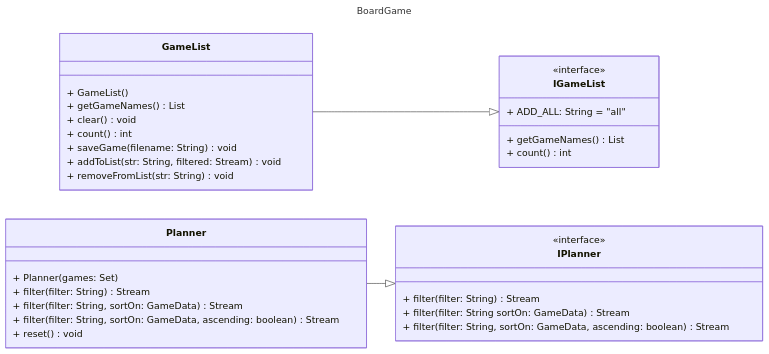
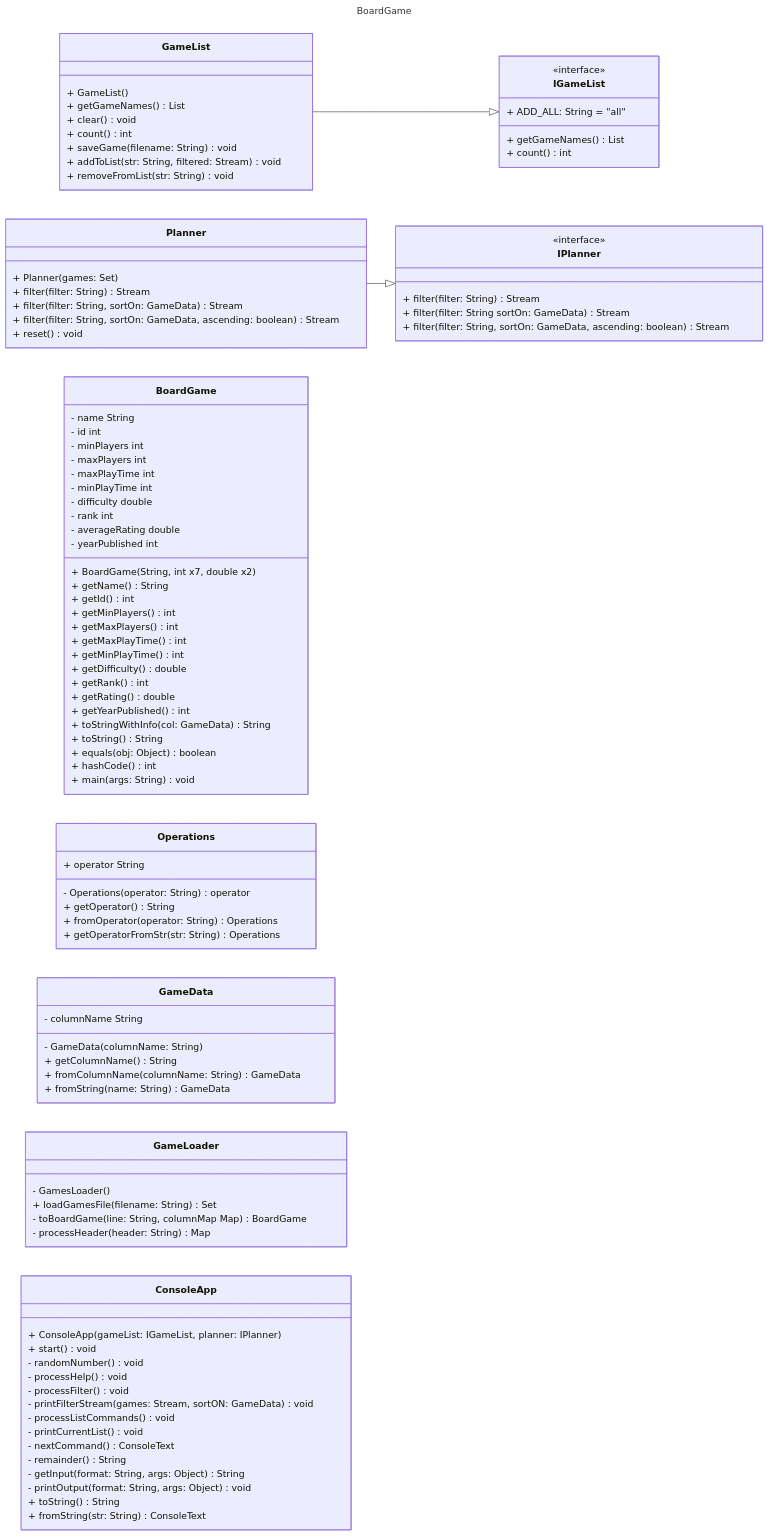
One commit to bourgeois-car-neu/CS5004-HW5-6 changed the diagram in DesignDocument.md. Above: the diagram before and after it, drawn with Mermaid.

Commit message:
Task 1.2: DesignDocument.md #2 UML provided code

````diff
--- a/DesignDocument.md
+++ b/DesignDocument.md
@@ -21,6 +21,35 @@
     direction LR
     GameList --|> IGameList
     Planner --|> IPlanner
+    class BoardGame {
+        - name String
+        - id int
+        - minPlayers int
+        - maxPlayers int
+        - maxPlayTime int
+        - minPlayTime int
+        - difficulty double
+        - rank int
+        - averageRating double
+        - yearPublished int
+        + BoardGame(String, int x7, double x2)
+        + getName() String
+        + getId() int
+        + getMinPlayers() int
+        + getMaxPlayers() int
+        + getMaxPlayTime() int
+        + getMinPlayTime() int
+        + getDifficulty() double
+        + getRank() int
+        + getRating() double
+        + getYearPublished() int
+        + toStringWithInfo(col: GameData) String
+        + toString() String
+        + equals(obj: Object) boolean
+        + hashCode() int
+        + main(args: String) void
+    }
+    
     class GameList {
         + GameList()
         + getGameNames() List<String>
@@ -30,13 +59,7 @@
         + addToList(str: String, filtered: Stream<BoardGame>) void
         + removeFromList(str: String) void
     }
-    class IGameList {
-        <<interface>>
-        + ADD_ALL: String = "all"
-        + getGameNames() List
-        + count() int
-        
-    }
+    
     class Planner {
         + Planner(games: Set<BoardGame>)
         + filter(filter: String) Stream<BoardGame>
@@ -44,11 +67,58 @@
         + filter(filter: String, sortOn: GameData, ascending: boolean) Stream<BoardGame>
         + reset() void
     }
+
+    class Operations {
+        + operator String
+        - Operations(operator: String) operator
+        + getOperator() String
+        + fromOperator(operator: String) Operations
+        + getOperatorFromStr(str: String) Operations
+    }
+    
+    class GameData {
+        - columnName String
+        - GameData(columnName: String)
+        + getColumnName() String
+        + fromColumnName(columnName: String) GameData
+        + fromString(name: String) GameData
+    }
+    class GameLoader {
+        - GamesLoader()
+        + loadGamesFile(filename: String) Set<BoardGame>
+        - toBoardGame(line: String, columnMap Map<GameData, Integer>) BoardGame
+        - processHeader(header: String) Map<GameData, Integer>
+    }
+    
+    class ConsoleApp {
+        + ConsoleApp(gameList: IGameList, planner: IPlanner)
+        + start() void
+        - randomNumber() void
+        - processHelp() void
+        - processFilter() void
+        - printFilterStream(games: Stream<BoardGame>, sortON: GameData) void
+        - processListCommands() void
+        - printCurrentList() void
+        - nextCommand() ConsoleText
+        - remainder() String
+        - getInput(format: String, args: Object) String
+        - printOutput(format: String, args: Object) void
+        + toString() String
+        + fromString(str: String) ConsoleText
+        
+    }
     class IPlanner {
         <<interface>>
         + filter(filter: String) Stream
         + filter(filter: String sortOn: GameData) Stream
         + filter(filter: String, sortOn: GameData, ascending: boolean) Stream
+    }
 
+    class IGameList {
+        <<interface>>
+        + ADD_ALL: String = "all"
+        + getGameNames() List
+        + count() int
     }
+    
 ```
````
